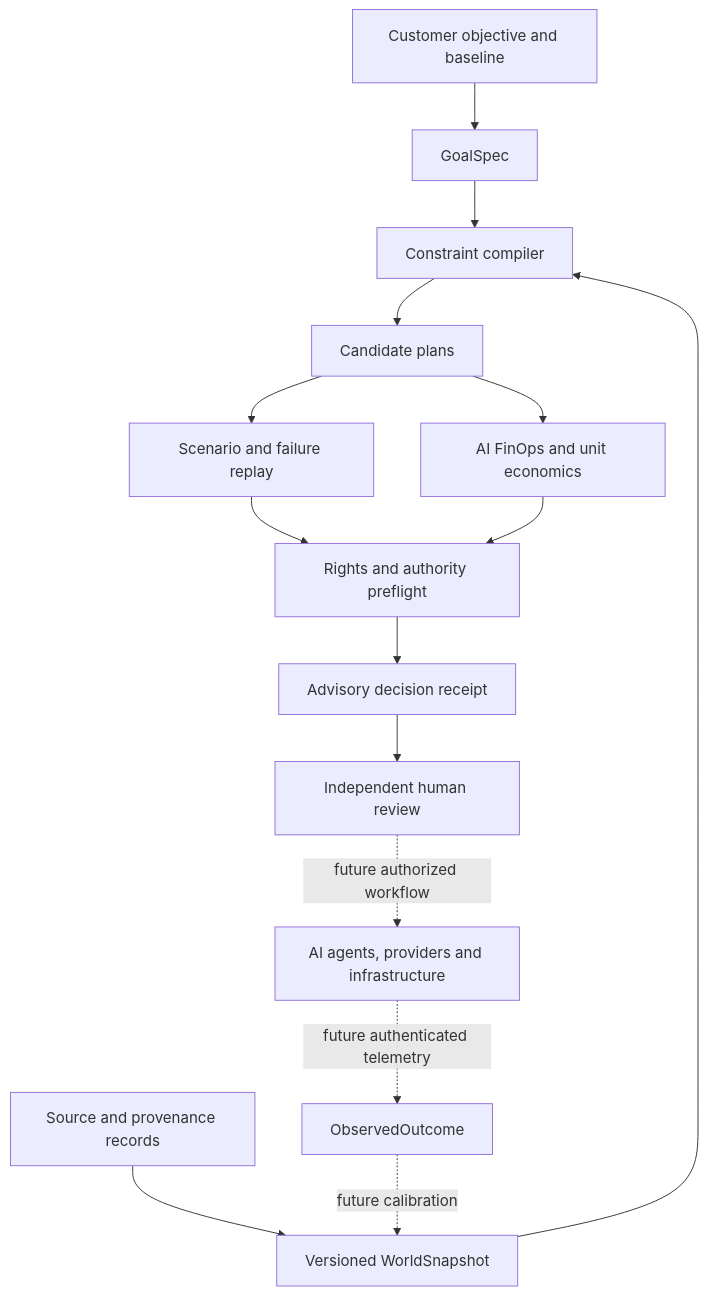
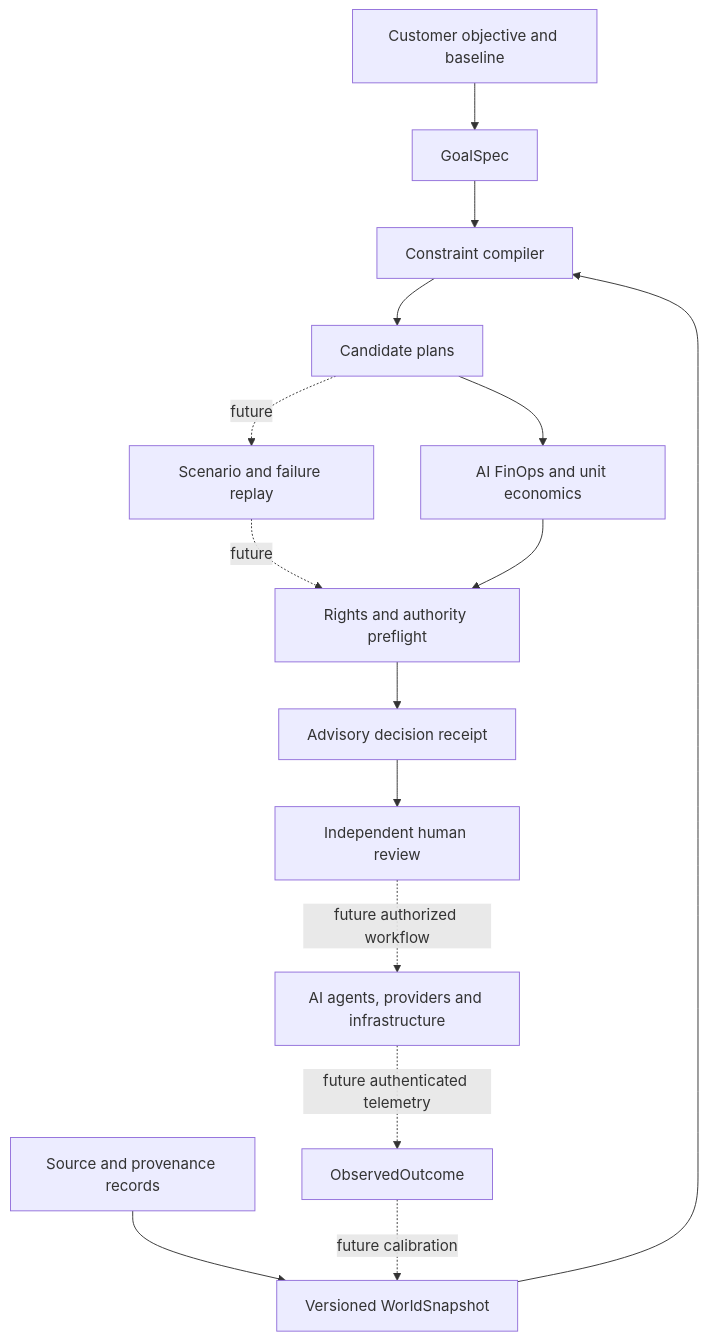
Before and after one commit to AAH20/outcome-fabric: the first of 2 diagrams in README.md, drawn with Mermaid. The commit also changed other lines of this file, not shown here.

Commit message:
Clarify planned scenario integration boundary

````diff
--- a/README.md
+++ b/README.md
@@ -23,17 +23,17 @@
 ```mermaid
 flowchart TB
   Customer[Customer objective and baseline] --> Goal[GoalSpec]
   Goal --> Compiler[Constraint compiler]
   Sources[Source and provenance records] --> World[Versioned WorldSnapshot]
   World --> Compiler
   Compiler --> Plans[Candidate plans]
-  Plans --> Scenarios[Scenario and failure replay]
+  Plans -. future .-> Scenarios[Scenario and failure replay]
   Plans --> Economics[AI FinOps and unit economics]
-  Scenarios --> Gate[Rights and authority preflight]
+  Scenarios -. future .-> Gate[Rights and authority preflight]
   Economics --> Gate
   Gate --> Receipt[Advisory decision receipt]
   Receipt --> Review[Independent human review]
   Review -. future authorized workflow .-> Delivery[AI agents, providers and infrastructure]
   Delivery -. future authenticated telemetry .-> Outcome[ObservedOutcome]
   Outcome -. future calibration .-> World
 ```
````
